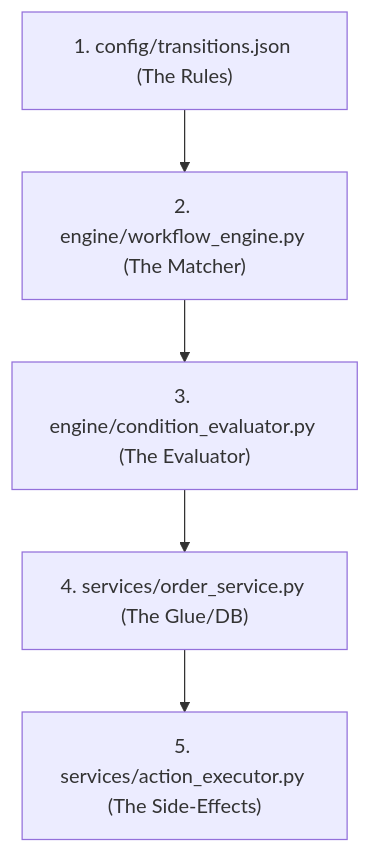
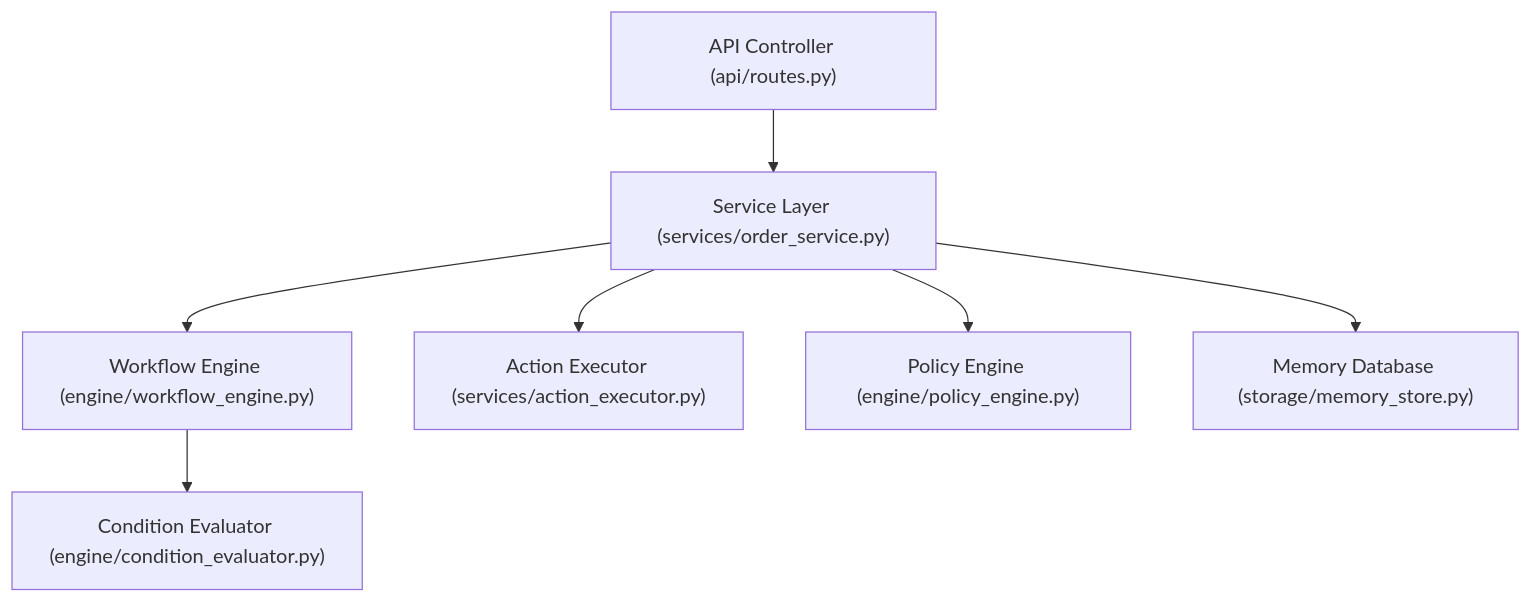
One commit to s-samarawickrama/order-state-machine-demo changed the second of 5 diagrams in docs/system_architecture_and_code_guide.md. Above: the diagram before and after it, drawn with Mermaid. The commit also changed other lines of this file and 1 other file, not shown here.

Commit message:
docs: Rewrite system architecture guide to detail multi-FSM rationale, stack, and sequence diagrams

````diff
--- a/docs/system_architecture_and_code_guide.md
+++ b/docs/system_architecture_and_code_guide.md
@@ -46,7 +55,9 @@
 ```mermaid
 graph TD
-    A["1. config/transitions.json (The Rules)"] --> B["2. engine/workflow_engine.py (The Matcher)"]
-    B --> C["3. engine/condition_evaluator.py (The Evaluator)"]
-    C --> D["4. services/order_service.py (The Glue/DB)"]
-    D --> E["5. services/action_executor.py (The Side-Effects)"]
+    A["API Controller (api/routes.py)"] --> B["Service Layer (services/order_service.py)"]
+    B --> C["Workflow Engine (engine/workflow_engine.py)"]
+    C --> D["Condition Evaluator (engine/condition_evaluator.py)"]
+    B --> E["Action Executor (services/action_executor.py)"]
+    B --> F["Policy Engine (engine/policy_engine.py)"]
+    B --> G["Memory Database (storage/memory_store.py)"]
 ```
````
